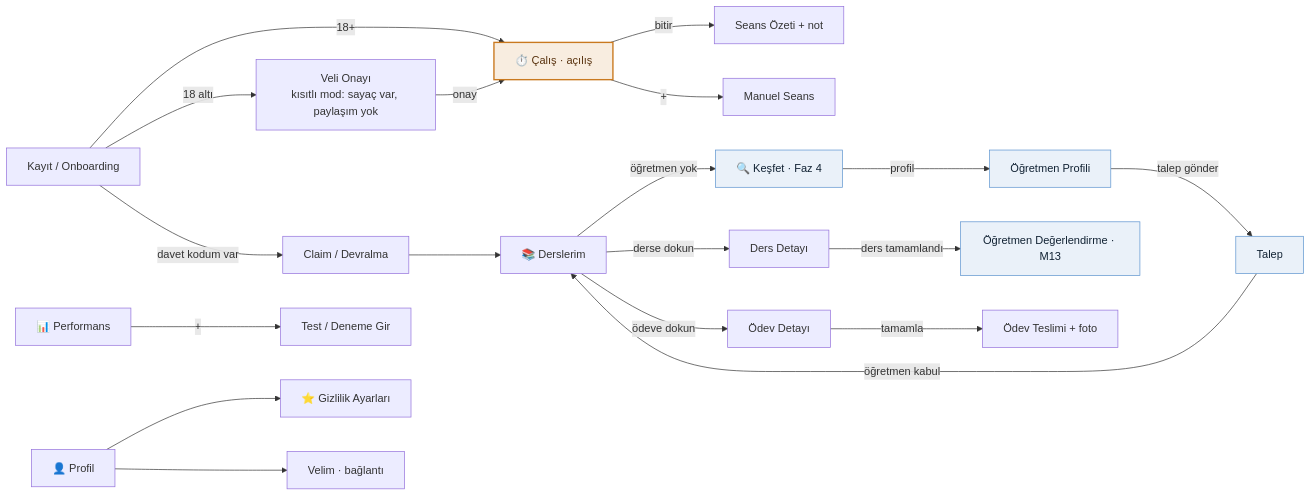
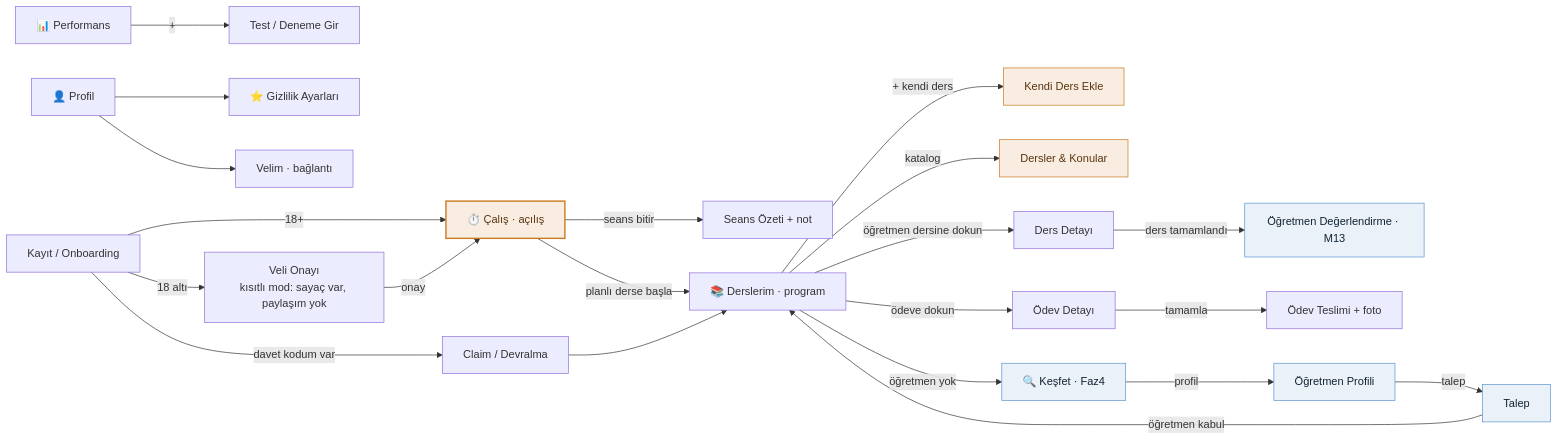
The third of 9 diagrams in doc/diagrams/rol_sayfa_mimarisi/ogrenci.md (furkangk/EgitimUssu), drawn with Mermaid before and after one commit. The commit also changed other lines of this file and 13 other files, not shown here.

First line of the commit message:
docs(ogrenci): Ç-06 Kendi Ders/Plan modeli — diyagram + fonksiyonel doküman

````diff
--- a/doc/diagrams/rol_sayfa_mimarisi/ogrenci.md
+++ b/doc/diagrams/rol_sayfa_mimarisi/ogrenci.md
@@ -170,30 +207,34 @@
 ```mermaid
 flowchart LR
   KAY["Kayıt / Onboarding"] -->|"18+"| CAL
   KAY -->|"18 altı"| VO["Veli Onayı<br/>kısıtlı mod: sayaç var, paylaşım yok"]
   VO -->|"onay"| CAL
   KAY -->|"davet kodum var"| CLAIM["Claim / Devralma"]
   CLAIM --> DER
 
-  CAL["⏱️ Çalış · açılış"] -->|"bitir"| SO["Seans Özeti + not"]
-  CAL -->|"+"| MS["Manuel Seans"]
+  CAL["⏱️ Çalış · açılış"] -->|"seans bitir"| SO["Seans Özeti + not"]
+  CAL -->|"planlı derse başla"| DER
   PER["📊 Performans"] -->|"+"| TG["Test / Deneme Gir"]
 
-  DER["📚 Derslerim"] -->|"öğretmen yok"| KES
-  DER -->|"derse dokun"| DD["Ders Detayı"]
+  DER["📚 Derslerim · program"] -->|"+ kendi ders"| ADD["Kendi Ders Ekle"]
+  DER -->|"katalog"| CAT["Dersler & Konular"]
+  DER -->|"öğretmen dersine dokun"| DD["Ders Detayı"]
   DER -->|"ödeve dokun"| OD["Ödev Detayı"]
   OD -->|"tamamla"| OT["Ödev Teslimi + foto"]
+  DER -->|"öğretmen yok"| KES
   DD -->|"ders tamamlandı"| DEG["Öğretmen Değerlendirme · M13"]
 
-  KES["🔍 Keşfet · Faz 4"] -->|"profil"| OP["Öğretmen Profili"]
-  OP -->|"talep gönder"| TL["Talep"]
+  KES["🔍 Keşfet · Faz4"] -->|"profil"| OP["Öğretmen Profili"]
+  OP -->|"talep"| TL["Talep"]
   TL -->|"öğretmen kabul"| DER
 
   PRO["👤 Profil"] --> GZ["⭐ Gizlilik Ayarları"]
   PRO --> VL["Velim · bağlantı"]
 
   classDef open fill:#f8ede0,stroke:#c9791f,stroke-width:2px,color:#5a3410;
+  classDef self fill:#f8ede0,stroke:#c9791f,color:#5a3410;
   classDef faz fill:#eaf1f9,stroke:#5c93cf,color:#123;
   class CAL open;
+  class ADD,CAT self;
   class KES,OP,TL,DEG faz;
 ```
````
